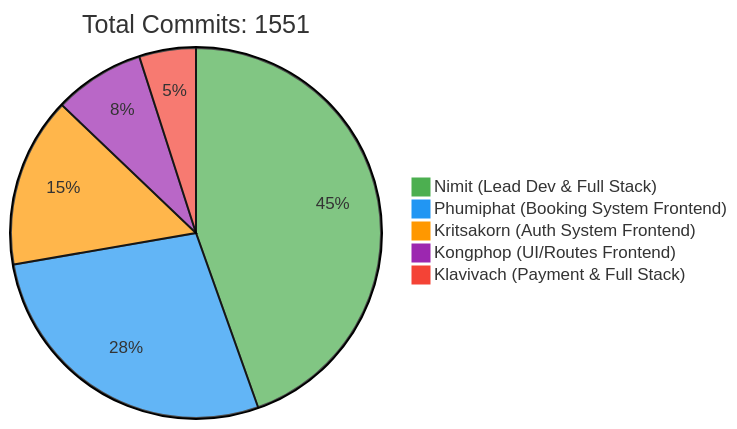
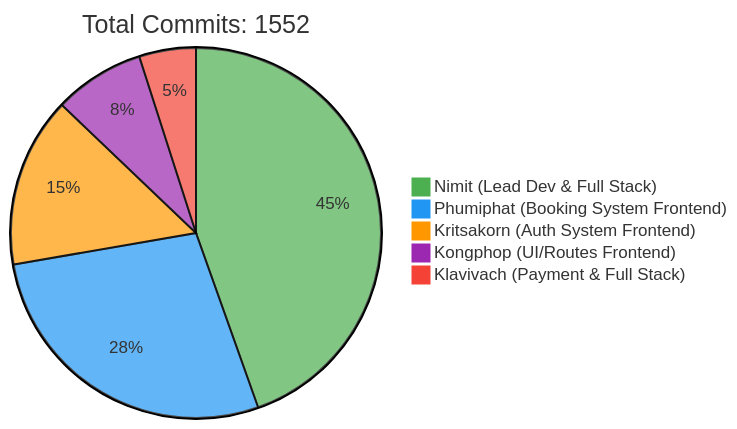
One commit to 6531503042/Sport-Complex changed the first of 2 diagrams in README.md. Above: the diagram before and after it, drawn with Mermaid. The commit also changed other lines of this file, not shown here.

Commit message:
docs: Update contributor statistics [skip ci]

````diff
--- a/README.md
+++ b/README.md
@@ -257,10 +257,10 @@
 ```mermaid
 %%{init: {'theme': 'base', 'themeVariables': { 'pie1': '#4CAF50', 'pie2': '#2196F3', 'pie3': '#FF9800', 'pie4': '#9C27B0', 'pie5': '#F44336'}}}%%
 pie
-    title Total Commits: 1551
+    title Total Commits: 1552
     "Nimit (Lead Dev & Full Stack)" : 450
     "Phumiphat (Booking System Frontend)" : 280
     "Kritsakorn (Auth System Frontend)" : 150
     "Kongphop (UI/Routes Frontend)" : 80
     "Klavivach (Payment & Full Stack)" : 50
 ```
````
